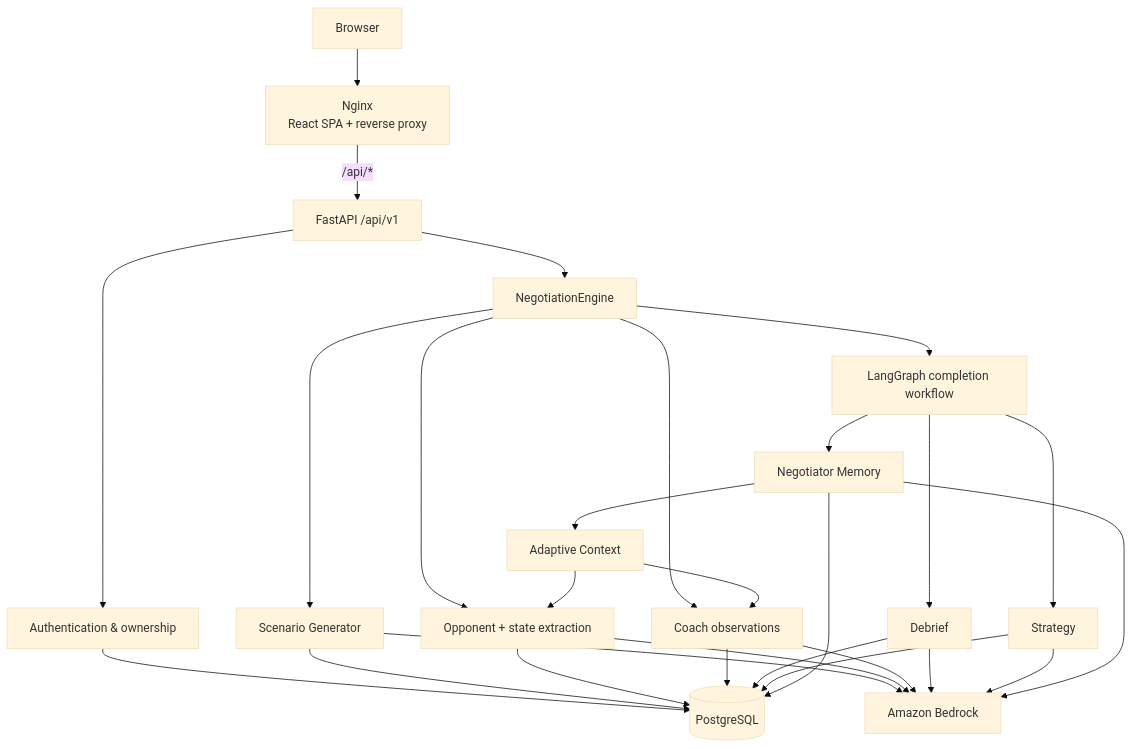
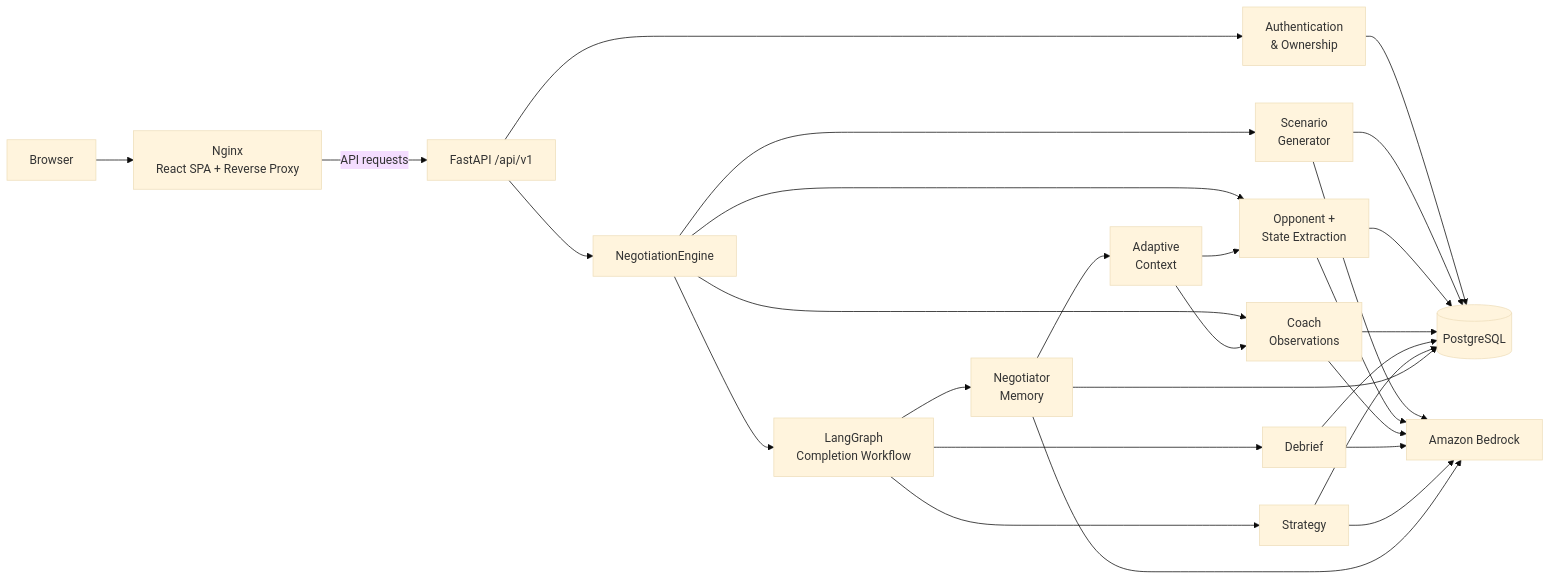
The second of 4 diagrams in README.md (bikash-singhal/negotia), drawn with Mermaid (base theme) before and after one commit.

Commit message:
Fix README architecture diagram

````diff
--- a/README.md
+++ b/README.md
@@ -165,43 +165,36 @@
 ```mermaid
-flowchart TD
-    Browser["Browser"]
-    Nginx["Nginx<br/>React SPA + reverse proxy"]
-    API["FastAPI /api/v1"]
-    Auth["Authentication & ownership"]
-    Engine["NegotiationEngine"]
-    Scenario["Scenario Generator"]
-    Opponent["Opponent + state extraction"]
-    Coach["Coach observations"]
-    Graph["LangGraph completion workflow"]
-    Debrief["Debrief"]
-    Strategy["Strategy"]
-    Memory["Negotiator Memory"]
-    Context["Adaptive Context"]
-    DB[("PostgreSQL")]
-    Bedrock["Amazon Bedrock"]
+flowchart LR
+    Browser["Browser"] --> Nginx["Nginx<br/>React SPA + Reverse Proxy"]
+    Nginx -->|API requests| API["FastAPI /api/v1"]
 
-    Browser --> Nginx
-    Nginx -->|"/api/*"| API
-    API --> Auth
-    API --> Engine
-    Engine --> Scenario
-    Engine --> Opponent
-    Engine --> Coach
-    Engine --> Graph
-    Scenario --> Bedrock
-    Opponent --> Bedrock
-    Coach --> Bedrock
-    Graph --> Debrief --> Bedrock
-    Graph --> Strategy --> Bedrock
-    Graph --> Memory --> Bedrock
-    Memory --> Context
+    API --> Auth["Authentication<br/>& Ownership"]
+    API --> Engine["NegotiationEngine"]
+
+    Engine --> Scenario["Scenario<br/>Generator"]
+    Engine --> Opponent["Opponent +<br/>State Extraction"]
+    Engine --> Coach["Coach<br/>Observations"]
+    Engine --> Graph["LangGraph<br/>Completion Workflow"]
+
+    Graph --> Debrief["Debrief"]
+    Graph --> Strategy["Strategy"]
+    Graph --> Memory["Negotiator<br/>Memory"]
+
+    Memory --> Context["Adaptive<br/>Context"]
     Context --> Opponent
     Context --> Coach
-    Auth --> DB
+
+    Auth --> DB[("PostgreSQL")]
     Scenario --> DB
     Opponent --> DB
     Coach --> DB
     Debrief --> DB
     Strategy --> DB
     Memory --> DB
+
+    Scenario --> Bedrock["Amazon Bedrock"]
+    Opponent --> Bedrock
+    Coach --> Bedrock
+    Debrief --> Bedrock
+    Strategy --> Bedrock
+    Memory --> Bedrock
 ```
````
